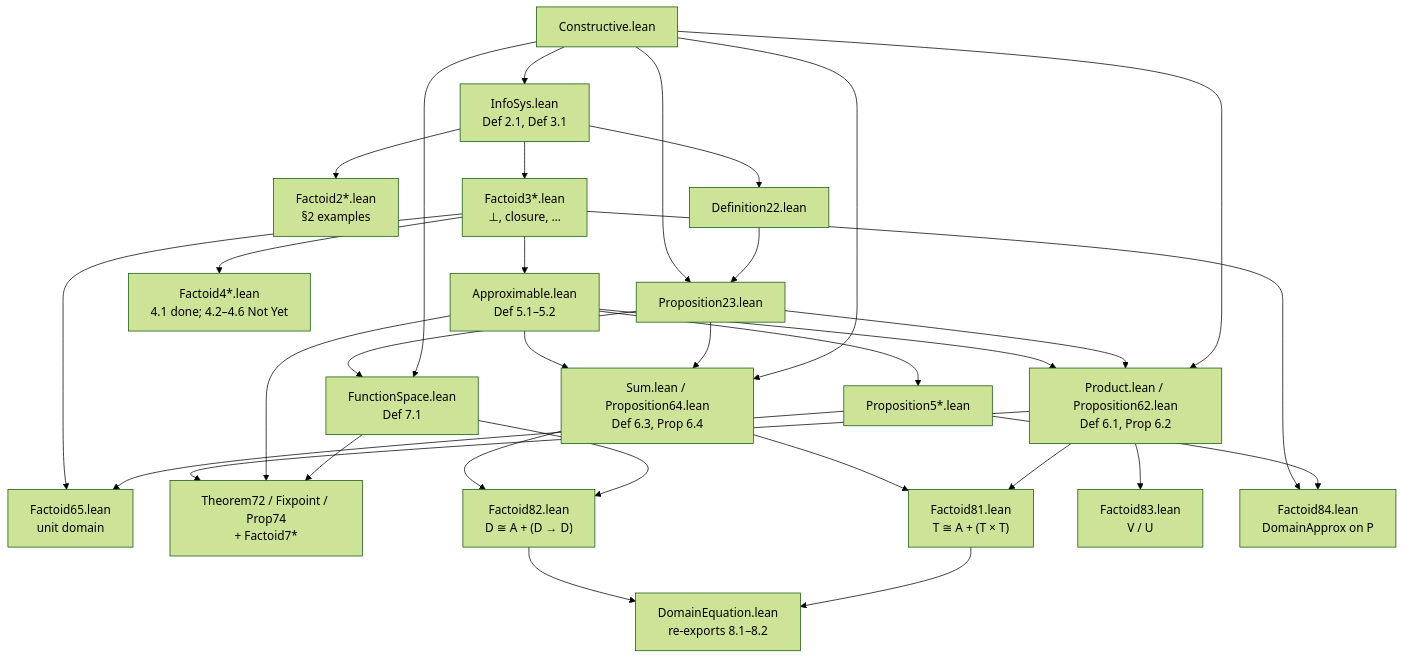
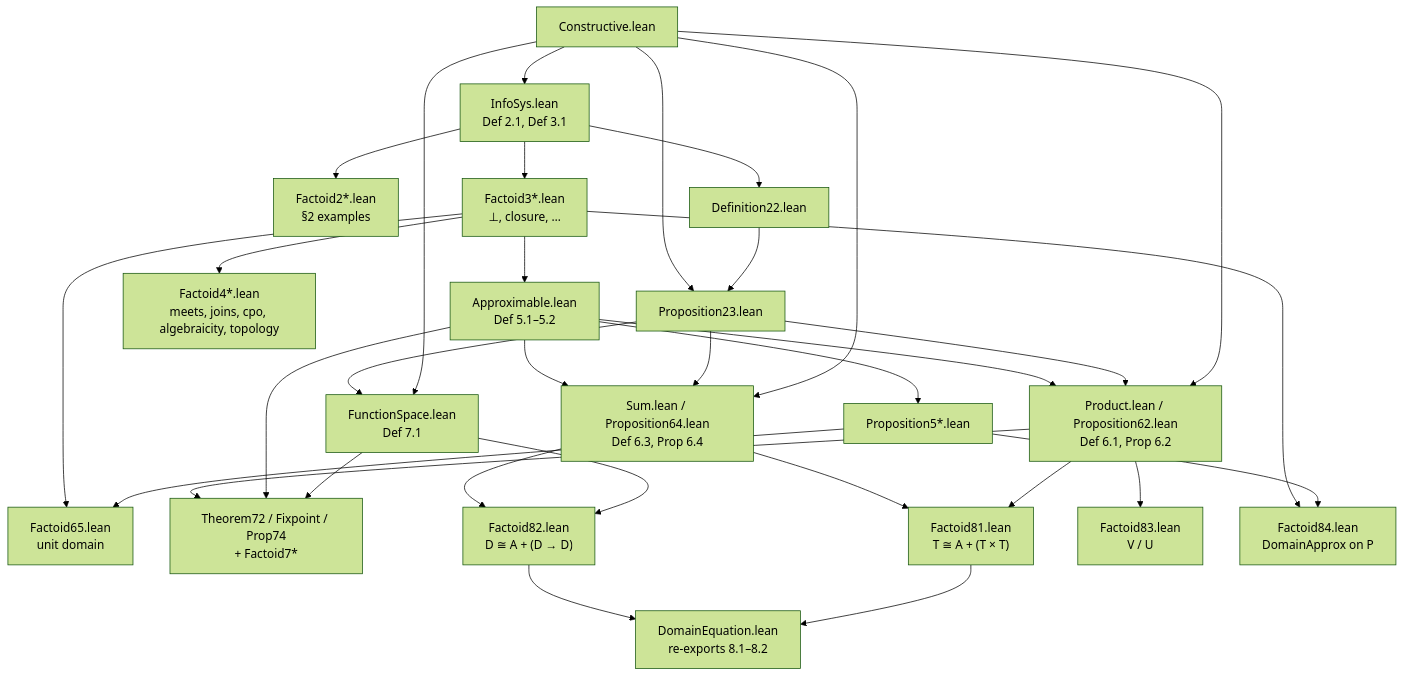
Before and after one commit to catskillsresearch/scott1982: the second of 10 diagrams in arxiv.md, drawn with Mermaid (forest theme). The commit also changed other lines of this file and 7 other files, not shown here.

First line of the commit message:
Complete Factoids 4.2–4.6: meets, joins, cpo, algebraicity, Scott topology.

````diff
--- a/arxiv.md
+++ b/arxiv.md
@@ -73,53 +73,53 @@
 ```mermaid
 flowchart TD
   C["Constructive.lean"]
   IS["InfoSys.lean<br/>Def 2.1, Def 3.1"]
   F2["Factoid2*.lean<br/>§2 examples"]
   D22["Definition22.lean"]
   P23["Proposition23.lean"]
   F3["Factoid3*.lean<br/>⊥, closure, …"]
-  F4["Factoid4*.lean<br/>4.1 done; 4.2–4.6 Not Yet"]
+  F4["Factoid4*.lean<br/>meets, joins, cpo, algebraicity, topology"]
   Ap["Approximable.lean<br/>Def 5.1–5.2"]
   P5["Proposition5*.lean"]
   Pr["Product.lean / Proposition62.lean<br/>Def 6.1, Prop 6.2"]
   Su["Sum.lean / Proposition64.lean<br/>Def 6.3, Prop 6.4"]
   F65["Factoid65.lean<br/>unit domain"]
   FS["FunctionSpace.lean<br/>Def 7.1"]
   Fx["Theorem72 / Fixpoint / Prop74<br/>+ Factoid7*"]
   F81["Factoid81.lean<br/>T ≅ A + (T × T)"]
   F82["Factoid82.lean<br/>D ≅ A + (D → D)"]
   F83["Factoid83.lean<br/>V / U"]
   F84["Factoid84.lean<br/>DomainApprox on P"]
   DE["DomainEquation.lean<br/>re-exports 8.1–8.2"]
 
   C --> IS
   IS --> F2
   IS --> D22 --> P23
   C --> P23
   IS --> F3
   F3 --> F4
   F3 --> Ap
   Ap --> P5
   C --> Pr
   P23 --> Pr
   Ap --> Pr
   C --> Su
   P23 --> Su
   Ap --> Su
   P5 --> F65
   F3 --> F65
   C --> FS
   P23 --> FS
   FS --> Fx
   Ap --> Fx
   Pr --> Fx
   Pr --> F81
   Su --> F81
   FS --> F82
   Su --> F82
   Pr --> F83
   P5 --> F84
   F3 --> F84
   F81 --> DE
   F82 --> DE
 ```
````
